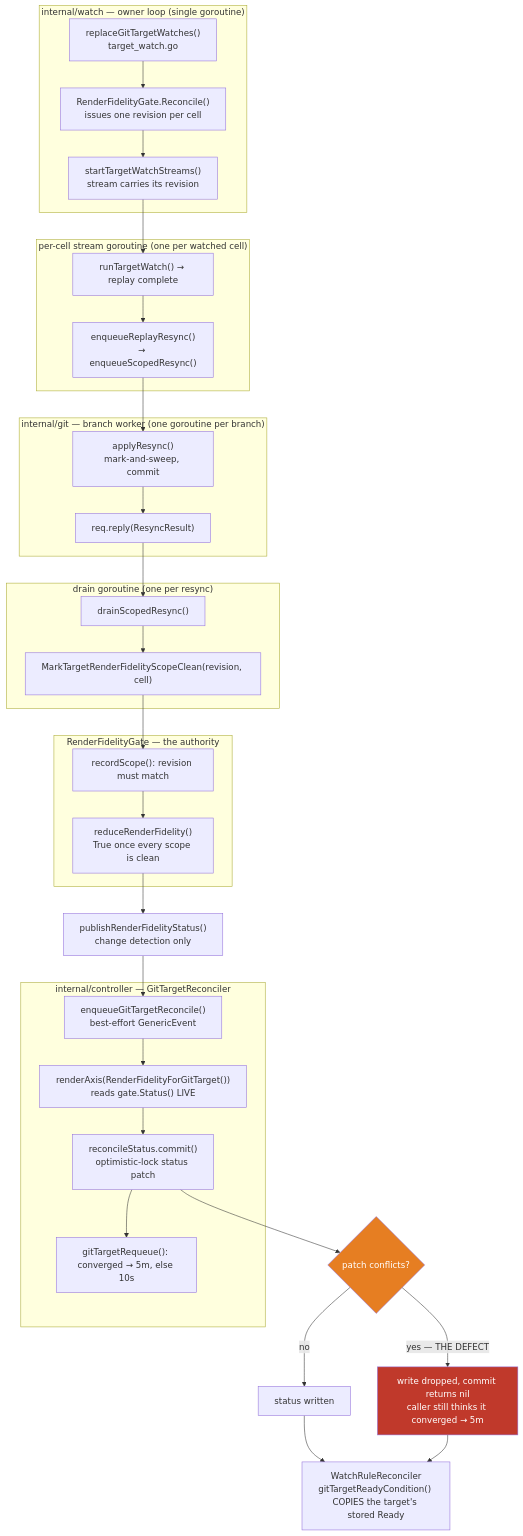
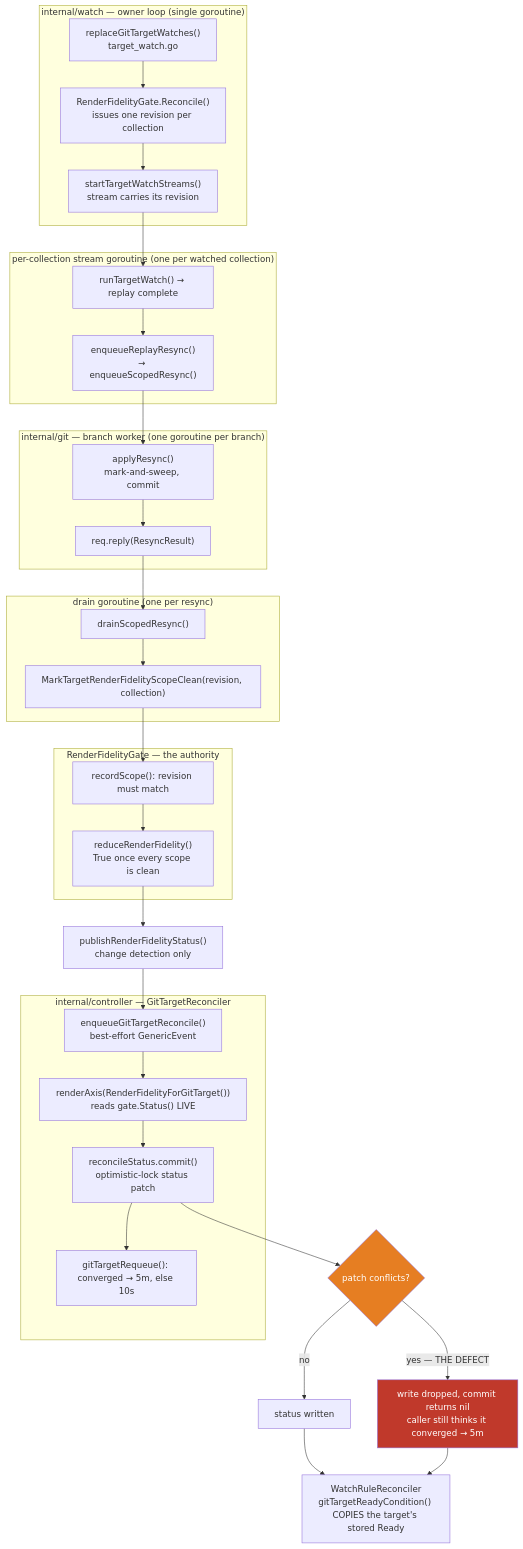
Before and after one commit to ConfigButler/gitops-reverser: the first of 2 diagrams in docs/design/watch-plane-status-convergence-failures.md, drawn with Mermaid. The commit also changed other lines of this file and 118 other files, not shown here.

````diff
--- a/docs/design/watch-plane-status-convergence-failures.md
+++ b/docs/design/watch-plane-status-convergence-failures.md
@@ -100,56 +100,56 @@
 ```mermaid
 flowchart TD
   subgraph owner["internal/watch — owner loop (single goroutine)"]
     PLAN["replaceGitTargetWatches()<br/>target_watch.go"]
-    GATE0["RenderFidelityGate.Reconcile()<br/>issues one revision per cell"]
+    GATE0["RenderFidelityGate.Reconcile()<br/>issues one revision per collection"]
     START["startTargetWatchStreams()<br/>stream carries its revision"]
     PLAN --> GATE0 --> START
   end
 
-  subgraph cell["per-cell stream goroutine (one per watched cell)"]
+  subgraph collection["per-collection stream goroutine (one per watched collection)"]
     REPLAY["runTargetWatch() → replay complete"]
     ENQ["enqueueReplayResync()<br/>→ enqueueScopedResync()"]
     START --> REPLAY --> ENQ
   end
 
   subgraph worker["internal/git — branch worker (one goroutine per branch)"]
     APPLY["applyResync()<br/>mark-and-sweep, commit"]
     REPLY["req.reply(ResyncResult)"]
     ENQ --> APPLY --> REPLY
   end
 
   subgraph drain["drain goroutine (one per resync)"]
     DRAIN["drainScopedResync()"]
-    MARK["MarkTargetRenderFidelityScopeClean(revision, cell)"]
+    MARK["MarkTargetRenderFidelityScopeClean(revision, collection)"]
     REPLY --> DRAIN --> MARK
   end
 
   subgraph gatestate["RenderFidelityGate — the authority"]
     REC["recordScope(): revision must match"]
     RED["reduceRenderFidelity()<br/>True once every scope is clean"]
     MARK --> REC --> RED
   end
 
   PUB["publishRenderFidelityStatus()<br/>change detection only"]
   ENQC["enqueueGitTargetReconcile()<br/>best-effort GenericEvent"]
   RED --> PUB --> ENQC
 
   subgraph ctrl["internal/controller — GitTargetReconciler"]
     AXIS["renderAxis(RenderFidelityForGitTarget())<br/>reads gate.Status() LIVE"]
     COMMIT["reconcileStatus.commit()<br/>optimistic-lock status patch"]
     RQ["gitTargetRequeue(): converged → 5m, else 10s"]
     ENQC --> AXIS --> COMMIT --> RQ
   end
 
   BUG{"patch conflicts?"}
   COMMIT --> BUG
   BUG -->|"no"| OK["status written"]
   BUG -->|"yes — THE DEFECT"| LOST["write dropped, commit returns nil<br/>caller still thinks it converged → 5m"]
 
   RULE["WatchRuleReconciler<br/>gitTargetReadyCondition() COPIES the target's stored Ready"]
   OK --> RULE
   LOST --> RULE
 
   style LOST fill:#c0392b,color:#ffffff
   style BUG fill:#e67e22,color:#ffffff
 ```
````
